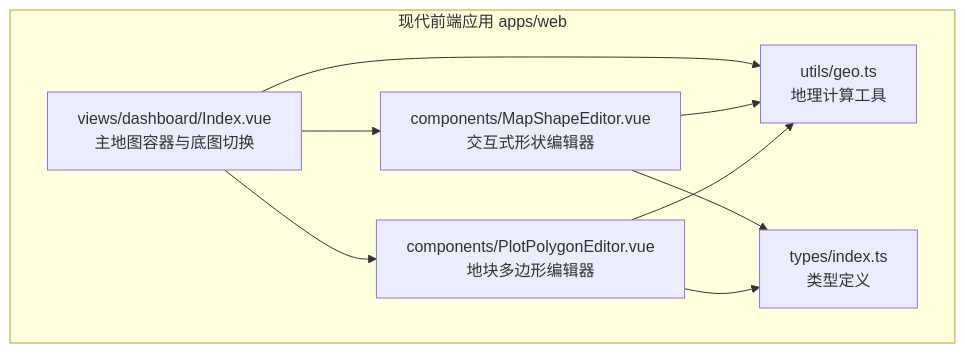
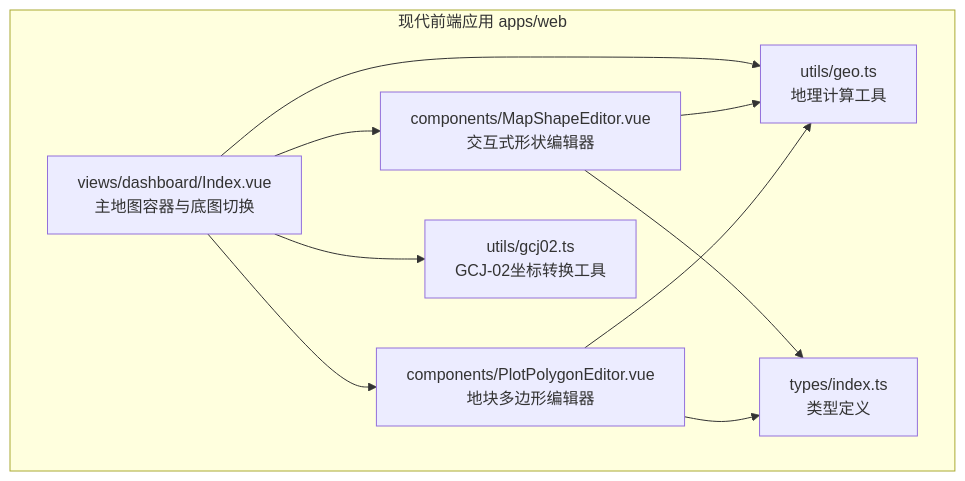
The first of 7 diagrams in .qoder/repowiki/zh/content/前端应用文档/地图可视化.md (q446328246/agri-platform), drawn with Mermaid before and after one commit. The commit also changed other lines of this file and 4 other files, not shown here.

````diff
--- a/.qoder/repowiki/zh/content/前端应用文档/地图可视化.md
+++ b/.qoder/repowiki/zh/content/前端应用文档/地图可视化.md
@@ -46,17 +48,19 @@
 ```mermaid
 graph TB
 subgraph "现代前端应用 apps/web"
 Dashboard["views/dashboard/Index.vue<br/>主地图容器与底图切换"]
 ShapeEditor["components/MapShapeEditor.vue<br/>交互式形状编辑器"]
 PolygonEditor["components/PlotPolygonEditor.vue<br/>地块多边形编辑器"]
 GeoUtils["utils/geo.ts<br/>地理计算工具"]
+Gcj02Utils["utils/gcj02.ts<br/>GCJ-02坐标转换工具"]
 Types["types/index.ts<br/>类型定义"]
 end
 Dashboard --> ShapeEditor
 Dashboard --> PolygonEditor
 Dashboard --> GeoUtils
+Dashboard --> Gcj02Utils
 ShapeEditor --> GeoUtils
 PolygonEditor --> GeoUtils
 ShapeEditor --> Types
 PolygonEditor --> Types
 ```
````
